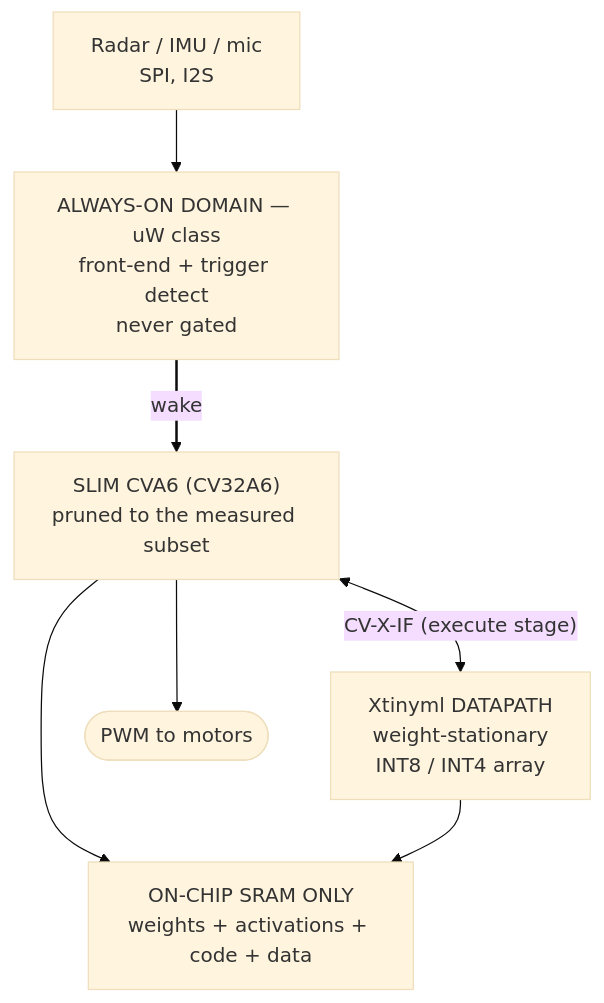
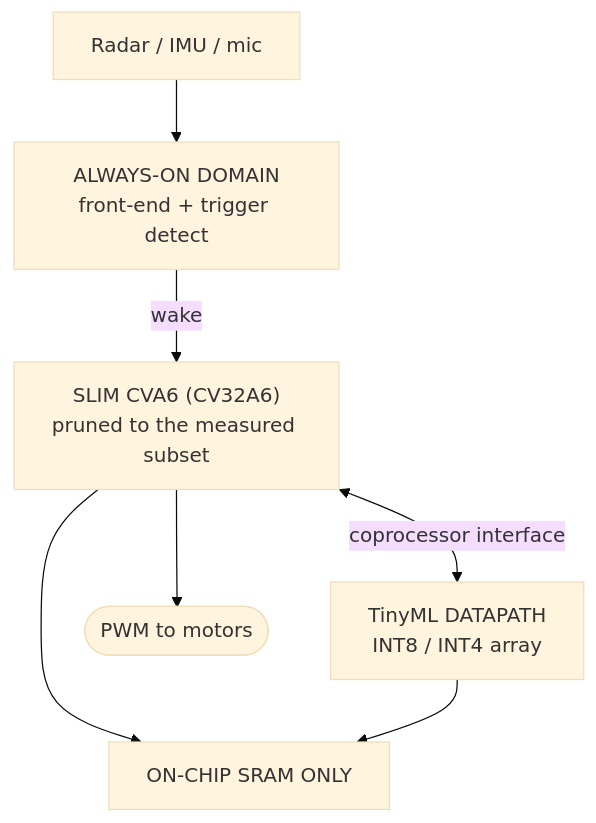
One commit to tanveerhasan-dsi/slim-cva6-edgeai-soc changed the diagram in README.md. Above: the diagram before and after it, drawn with Mermaid (base theme). The commit also changed other lines of this file and 19 other files, not shown here.

````diff
--- a/README.md
+++ b/README.md
@@ -91,18 +72,16 @@
 ```mermaid
 flowchart TD
-    SENS["Radar / IMU / mic<br/>SPI, I2S"]
-    AO["ALWAYS-ON DOMAIN — uW class<br/>front-end + trigger detect<br/>never gated"]
+    SENS["Radar / IMU / mic"]
+    AO["ALWAYS-ON DOMAIN<br/>front-end + trigger detect"]
     CORE["SLIM CVA6 (CV32A6)<br/>pruned to the measured subset"]
-    ML["Xtinyml DATAPATH<br/>weight-stationary<br/>INT8 / INT4 array"]
-    MEM["ON-CHIP SRAM ONLY<br/>weights + activations + code + data"]
+    ML["TinyML DATAPATH<br/>INT8 / INT4 array"]
+    MEM["ON-CHIP SRAM ONLY"]
     PWM(["PWM to motors"])
 
     SENS --> AO
     AO -->|wake| CORE
-    CORE <-->|"CV-X-IF (execute stage)"| ML
+    CORE <-->|coprocessor interface| ML
     CORE --> MEM
     ML --> MEM
     CORE --> PWM
-
-    linkStyle 1 stroke-width:2px
 ```
````
